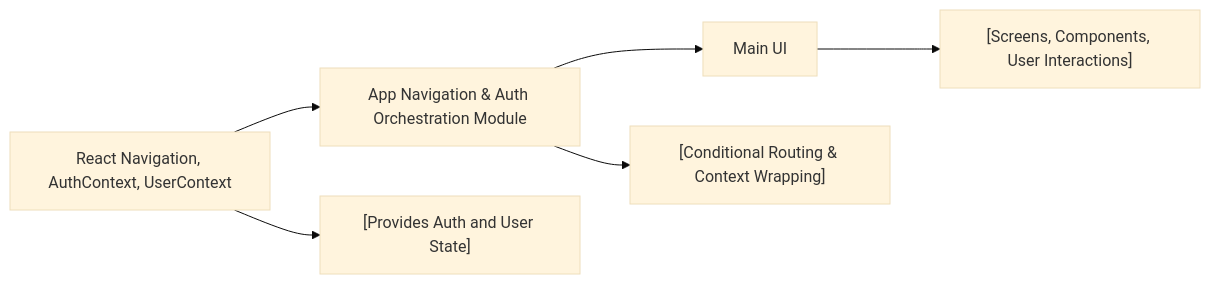
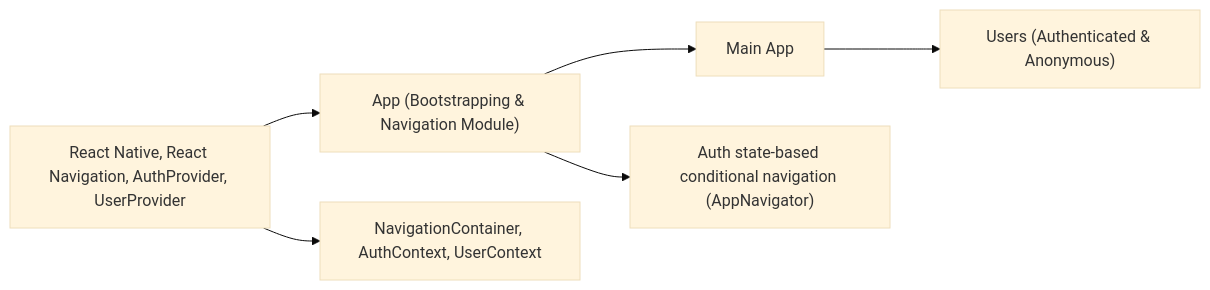
One commit to lucasboucher/Expo-Firebase-Boiler-Plate-2 changed the diagram in .shelfya/README.md. Above: the diagram before and after it, drawn with Mermaid (base theme). The commit also changed other lines of this file and 7 other files, not shown here.

````diff
--- a/.shelfya/README.md
+++ b/.shelfya/README.md
@@ -61,7 +37,7 @@
 ```mermaid
 flowchart LR
-  dependencies["React Navigation, AuthContext, UserContext"] --> thisModule["App Navigation & Auth Orchestration Module"] --> usedBy["Main UI"]
-  dependencies --> details["[Provides Auth and User State]"]
-  thisModule --> process["[Conditional Routing & Context Wrapping]"] 
-  usedBy --> consumers["[Screens, Components, User Interactions]"]
+  dependencies["React Native, React Navigation, AuthProvider, UserProvider"] --> thisModule["App (Bootstrapping & Navigation Module)"] --> usedBy["Main App"]
+  dependencies --> details["NavigationContainer, AuthContext, UserContext"]
+  thisModule --> process["Auth state-based conditional navigation (AppNavigator)"] 
+  usedBy --> consumers["Users (Authenticated & Anonymous)"]
 ```
````
